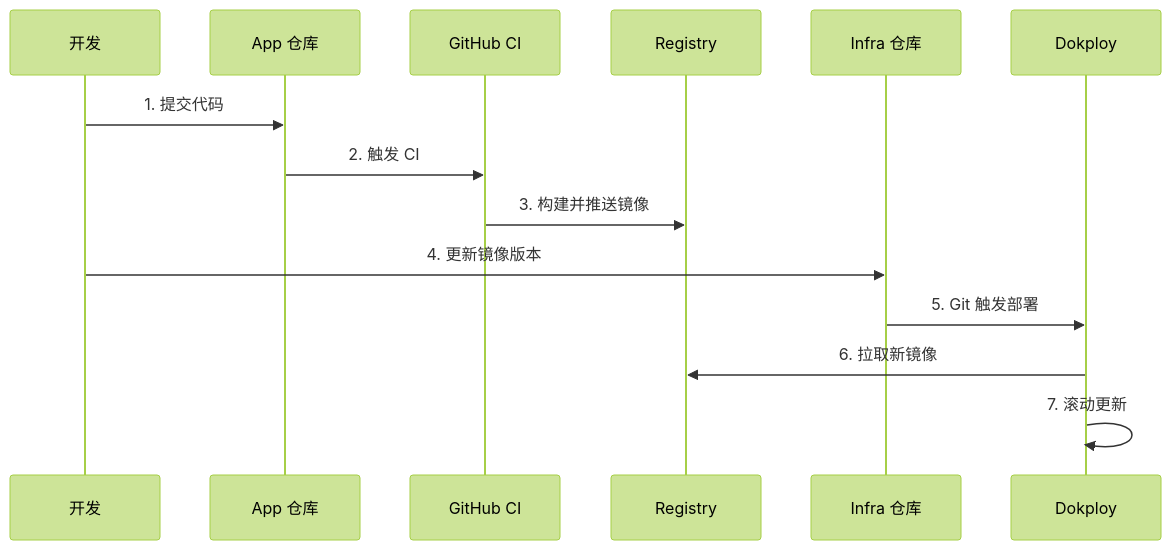
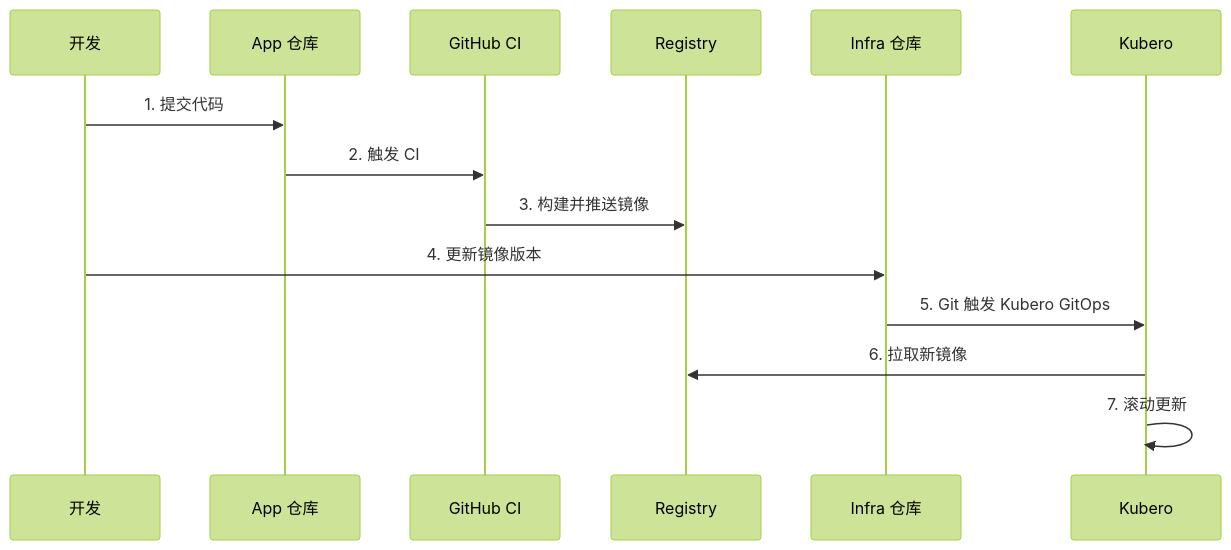
One commit to wangzitian0/PEG-scaner changed the fifth of 8 diagrams in docs/specs/tech/TRD-004.env_eaas_implementation.md. Above: the diagram before and after it, drawn with Mermaid (forest theme). The commit also changed other lines of this file and 9 other files, not shown here.

````diff
--- a/docs/specs/tech/TRD-004.env_eaas_implementation.md
+++ b/docs/specs/tech/TRD-004.env_eaas_implementation.md
@@ -146,17 +145,17 @@
 ```mermaid
 sequenceDiagram
     participant Dev as 开发
     participant App as App 仓库
     participant CI as GitHub CI
     participant Reg as Registry
     participant Infra as Infra 仓库
-    participant Dok as Dokploy
+    participant Kub as Kubero
     
     Dev->>App: 1. 提交代码
     App->>CI: 2. 触发 CI
     CI->>Reg: 3. 构建并推送镜像
     Dev->>Infra: 4. 更新镜像版本
-    Infra->>Dok: 5. Git 触发部署
-    Dok->>Reg: 6. 拉取新镜像
-    Dok->>Dok: 7. 滚动更新
+    Infra->>Kub: 5. Git 触发 Kubero GitOps
+    Kub->>Reg: 6. 拉取新镜像
+    Kub->>Kub: 7. 滚动更新
 ```
````
